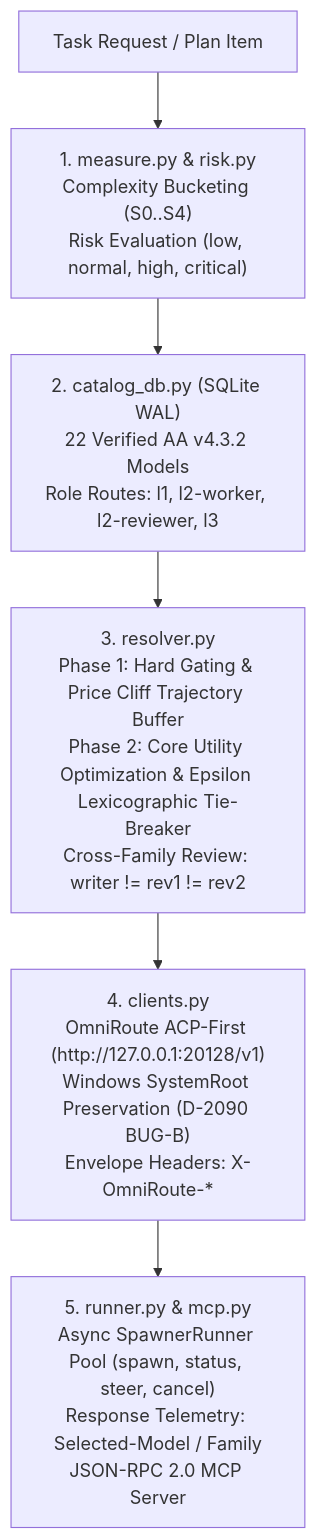
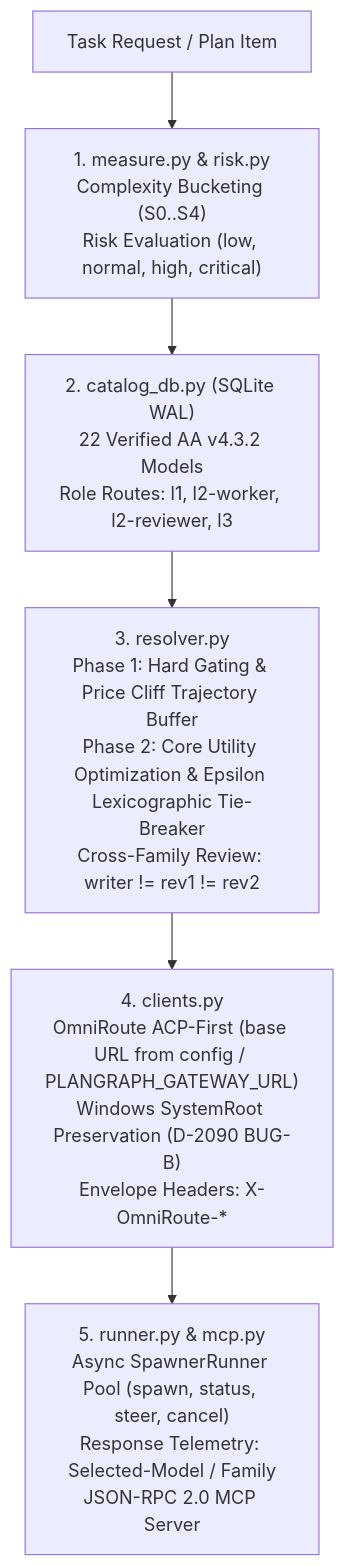
The first of 4 diagrams in docs/SPAWNER.md (Ch3fUlrich/plangraph), drawn with Mermaid before and after one commit. The commit also changed other lines of this file and 7 other files, not shown here.

````diff
--- a/docs/SPAWNER.md
+++ b/docs/SPAWNER.md
@@ -16,8 +16,8 @@
 ```mermaid
 flowchart TD
     Task["Task Request / Plan Item"] --> Measure["1. measure.py & risk.py\nComplexity Bucketing (S0..S4)\nRisk Evaluation (low, normal, high, critical)"]
     Measure --> Catalog["2. catalog_db.py (SQLite WAL)\n22 Verified AA v4.3.2 Models\nRole Routes: l1, l2-worker, l2-reviewer, l3"]
     Catalog --> Resolver["3. resolver.py\nPhase 1: Hard Gating & Price Cliff Trajectory Buffer\nPhase 2: Core Utility Optimization & Epsilon Lexicographic Tie-Breaker\nCross-Family Review: writer != rev1 != rev2"]
-    Resolver --> Clients["4. clients.py\nOmniRoute ACP-First (http://127.0.0.1:20128/v1)\nWindows SystemRoot Preservation (D-2090 BUG-B)\nEnvelope Headers: X-OmniRoute-*"]
+    Resolver --> Clients["4. clients.py\nOmniRoute ACP-First (base URL from config / PLANGRAPH_GATEWAY_URL)\nWindows SystemRoot Preservation (D-2090 BUG-B)\nEnvelope Headers: X-OmniRoute-*"]
     Clients --> Runner["5. runner.py & mcp.py\nAsync SpawnerRunner Pool (spawn, status, steer, cancel)\nResponse Telemetry: Selected-Model / Family\nJSON-RPC 2.0 MCP Server"]
 ```
````
